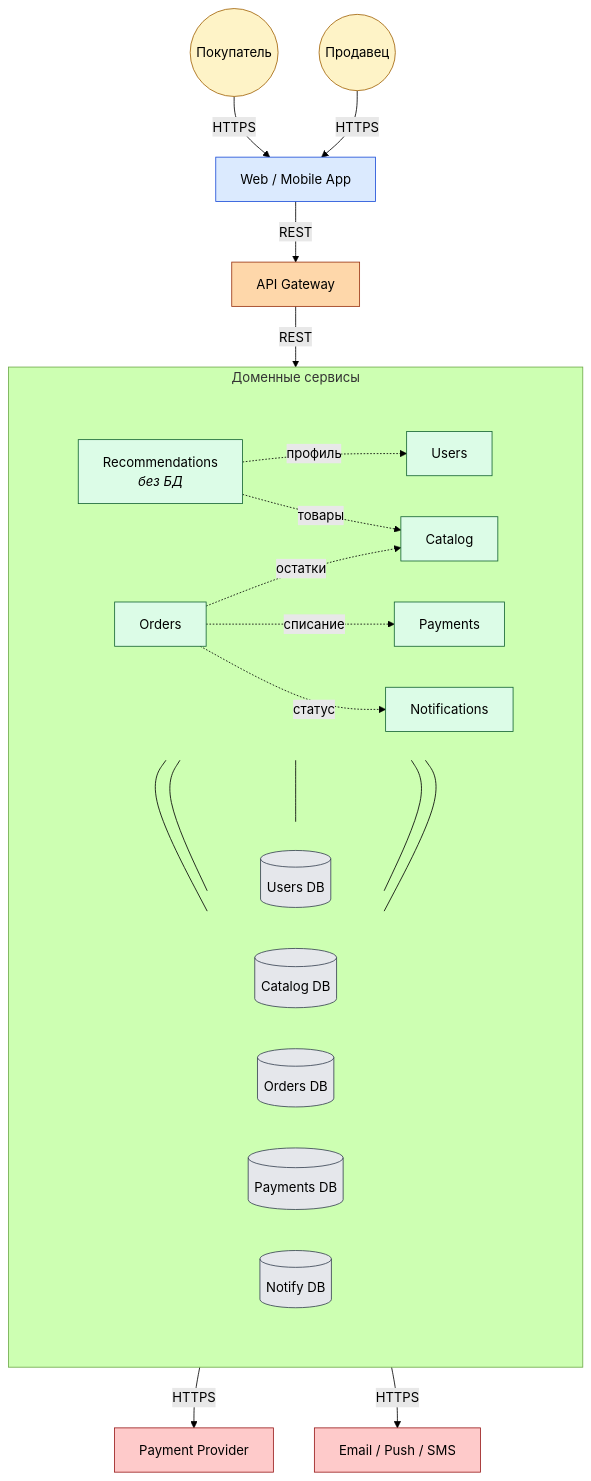
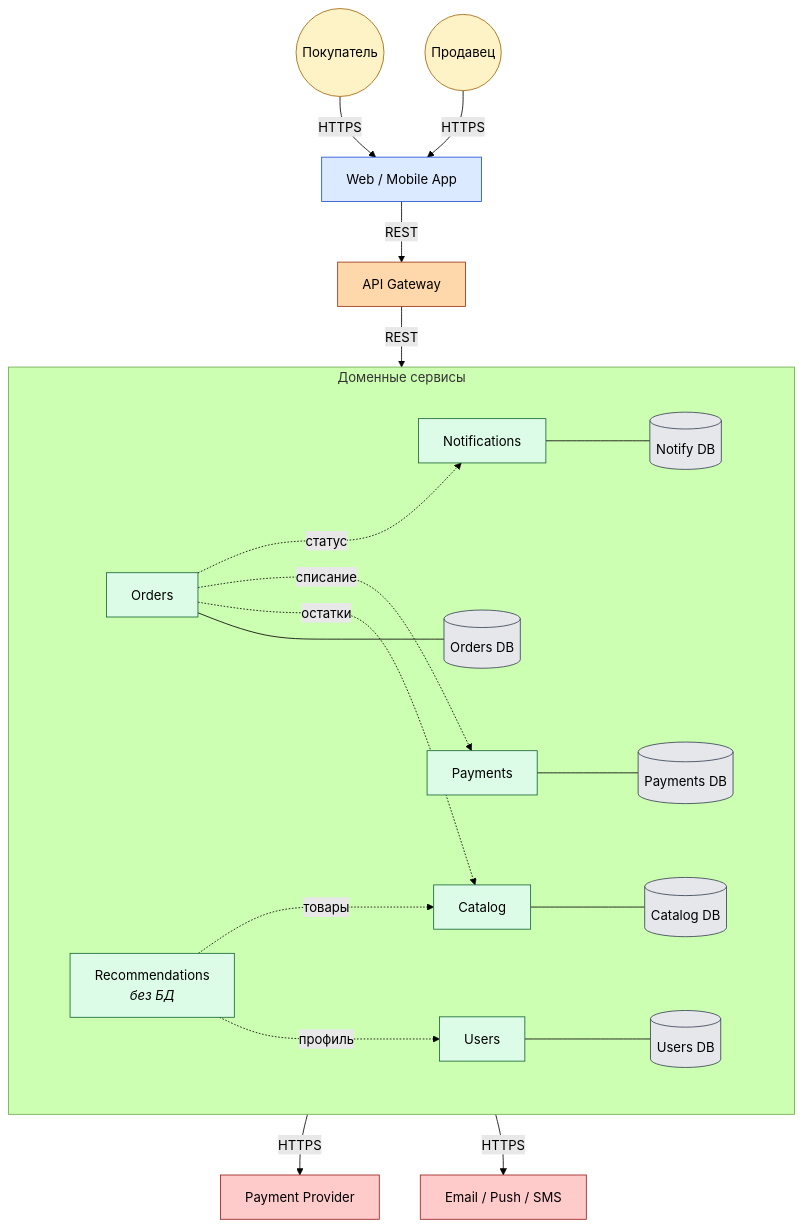
One commit to DaryaAndryeva/hw-1-Marketplace changed the diagram in README.md. Above: the diagram before and after it, drawn with Mermaid (forest theme).

````diff
--- a/README.md
+++ b/README.md
@@ -24,61 +24,71 @@
 ```mermaid
 flowchart TB
     classDef actor fill:#fef3c7,stroke:#a16207,color:#000
     classDef client fill:#dbeafe,stroke:#1d4ed8,color:#000
     classDef gateway fill:#fed7aa,stroke:#9a3412,color:#000
     classDef service fill:#dcfce7,stroke:#166534,color:#000
     classDef db fill:#e5e7eb,stroke:#374151,color:#000
     classDef ext fill:#fecaca,stroke:#991b1b,color:#000
 
     buyer(("Покупатель")):::actor
     seller(("Продавец")):::actor
 
     web["Web / Mobile App"]:::client
     gw["API Gateway"]:::gateway
 
     subgraph svc["Доменные сервисы"]
-        direction TB
-        subgraph services_row [" "]
-            direction LR
+        direction LR
+        subgraph p_users [" "]
             users["Users"]:::service
+            users_db[("Users DB")]:::db
+            users --- users_db
+        end
+        subgraph p_catalog [" "]
             catalog["Catalog"]:::service
+            catalog_db[("Catalog DB")]:::db
+            catalog --- catalog_db
+        end
+        subgraph p_recs [" "]
             recs["Recommendations<br/><i>без БД</i>"]:::service
+        end
+        subgraph p_orders [" "]
             orders["Orders"]:::service
+            orders_db[("Orders DB")]:::db
+            orders --- orders_db
+        end
+        subgraph p_payments [" "]
             payments["Payments"]:::service
+            payments_db[("Payments DB")]:::db
+            payments --- payments_db
+        end
+        subgraph p_notify [" "]
             notify["Notifications"]:::service
+            notify_db[("Notify DB")]:::db
+            notify --- notify_db
         end
-        subgraph dbs_row [" "]
-            direction LR
-            users_db[("Users DB")]:::db
-            catalog_db[("Catalog DB")]:::db
-            orders_db[("Orders DB")]:::db
-            payments_db[("Payments DB")]:::db
-            notify_db[("Notify DB")]:::db
-        end
-        users --- users_db
-        catalog --- catalog_db
-        orders --- orders_db
-        payments --- payments_db
-        notify --- notify_db
     end
 
     psp["Payment Provider"]:::ext
     channels["Email / Push / SMS"]:::ext
 
     buyer -- HTTPS --> web
     seller -- HTTPS --> web
     web -- REST --> gw
     gw -- REST --> svc
 
     recs -. профиль .-> users
     recs -. товары .-> catalog
     orders -. остатки .-> catalog
     orders -. списание .-> payments
     orders -. статус .-> notify
 
     payments -- HTTPS --> psp
     notify -- HTTPS --> channels
 
-    style services_row fill:transparent,stroke-width:0px
-    style dbs_row fill:transparent,stroke-width:0px
+    style p_users fill:transparent,stroke-width:0px
+    style p_catalog fill:transparent,stroke-width:0px
+    style p_recs fill:transparent,stroke-width:0px
+    style p_orders fill:transparent,stroke-width:0px
+    style p_payments fill:transparent,stroke-width:0px
+    style p_notify fill:transparent,stroke-width:0px
 ```
````
